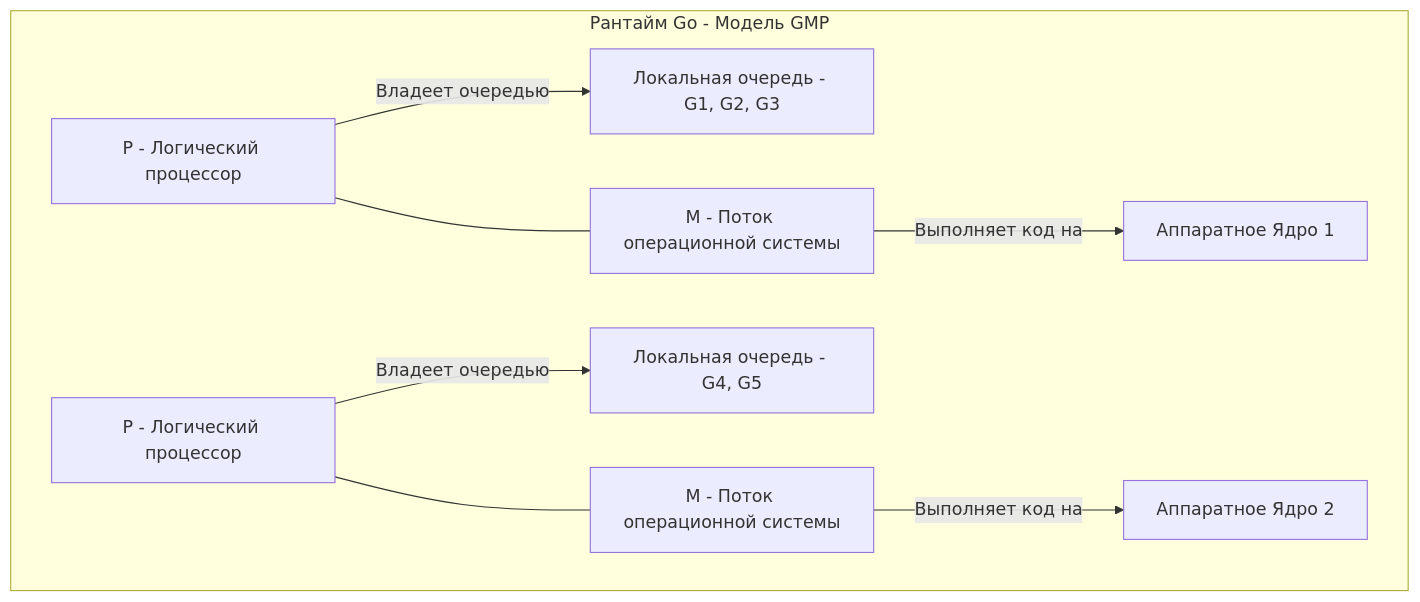
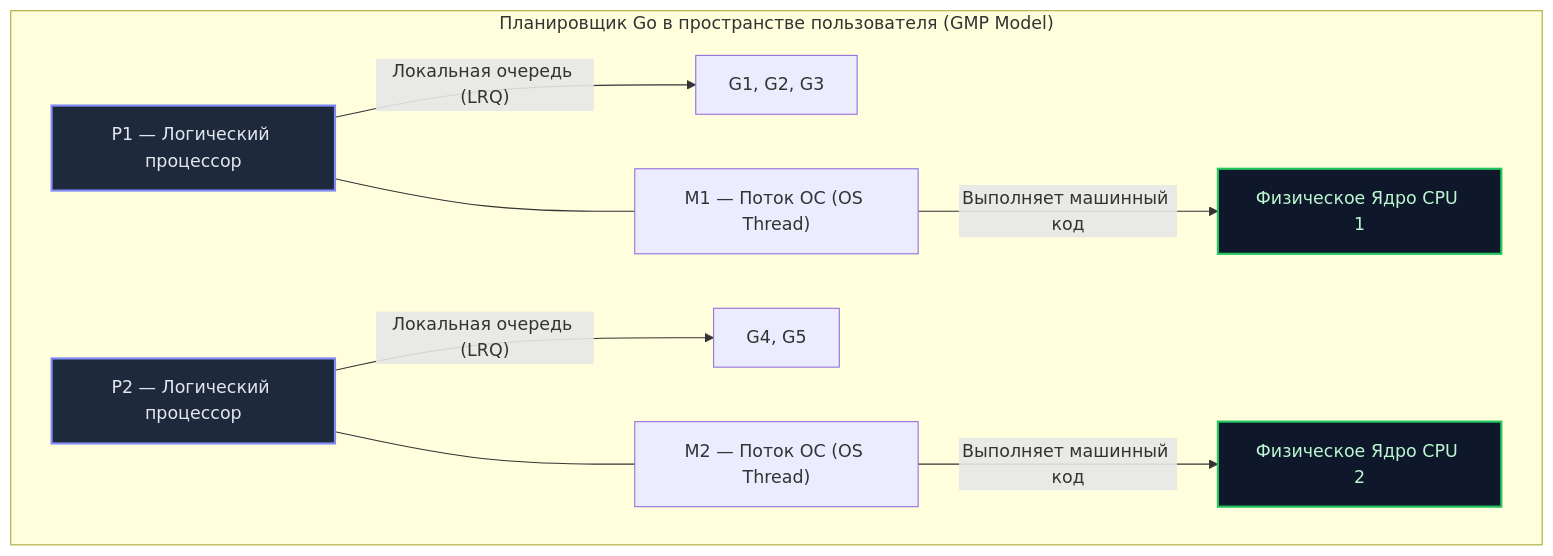
Before and after one commit to UnrealTemplier/go-textbook: the second of 2 diagrams in sources/4. История и философия Go/24. Concurrency Is Not Parallelism. Философия конкурентности в Go.md, drawn with Mermaid. The commit also changed other lines of this file, not shown here.

````diff
--- a/sources/4. История и философия Go/24. Concurrency Is Not Parallelism. Философия конкурентности в Go.md
+++ b/sources/4. История и философия Go/24. Concurrency Is Not Parallelism. Философия конкурентности в Go.md
@@ -49,12 +58,16 @@
 ```mermaid
 flowchart TD
-    subgraph RUNTIME_GMP["Рантайм Go - Модель GMP"]
-        P1["P - Логический процессор"] -->|"Владеет очередью"| LRQ1["Локальная очередь - G1, G2, G3"]
-        P1 --- M1["M - Поток операционной системы"]
-        M1 -->|"Выполняет код на"| CPU1["Аппаратное Ядро 1"]
+    subgraph RUNTIME_GMP ["Планировщик Go в пространстве пользователя (GMP Model)"]
+        P1["P1 — Логический процессор"] -->|"Локальная очередь (LRQ)"| LRQ1["G1, G2, G3"]
+        P1 --- M1["M1 — Поток ОС (OS Thread)"]
+        M1 -->|"Выполняет машинный код"| CPU1["Физическое Ядро CPU 1"]
         
-        P2["P - Логический процессор"] -->|"Владеет очередью"| LRQ2["Локальная очередь - G4, G5"]
-        P2 --- M2["M - Поток операционной системы"]
-        M2 -->|"Выполняет код на"| CPU2["Аппаратное Ядро 2"]
+        P2["P2 — Логический процессор"] -->|"Локальная очередь (LRQ)"| LRQ2["G4, G5"]
+        P2 --- M2["M2 — Поток ОС (OS Thread)"]
+        M2 -->|"Выполняет машинный код"| CPU2["Физическое Ядро CPU 2"]
     end
+    style P1 fill:#1e293b,stroke:#818cf8,stroke-width:2px,color:#e2e8f0
+    style P2 fill:#1e293b,stroke:#818cf8,stroke-width:2px,color:#e2e8f0
+    style CPU1 fill:#0f172a,stroke:#22c55e,stroke-width:2px,color:#bbf7d0
+    style CPU2 fill:#0f172a,stroke:#22c55e,stroke-width:2px,color:#bbf7d0
 ```
````
